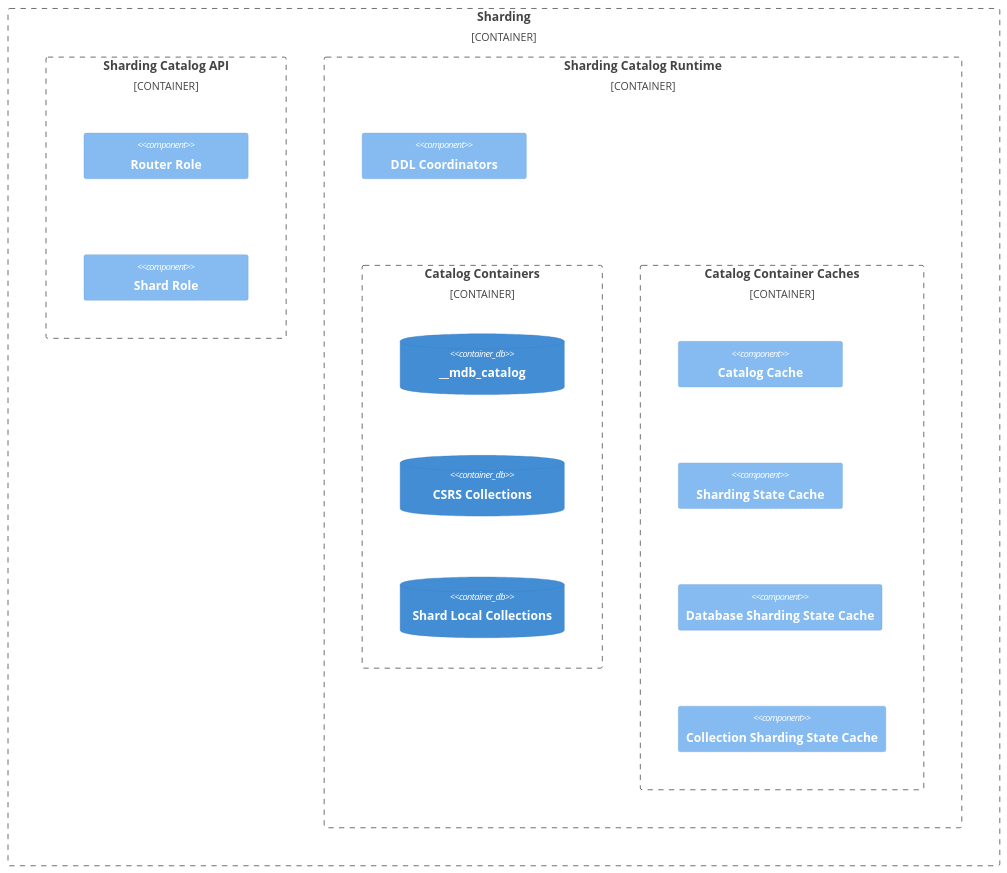
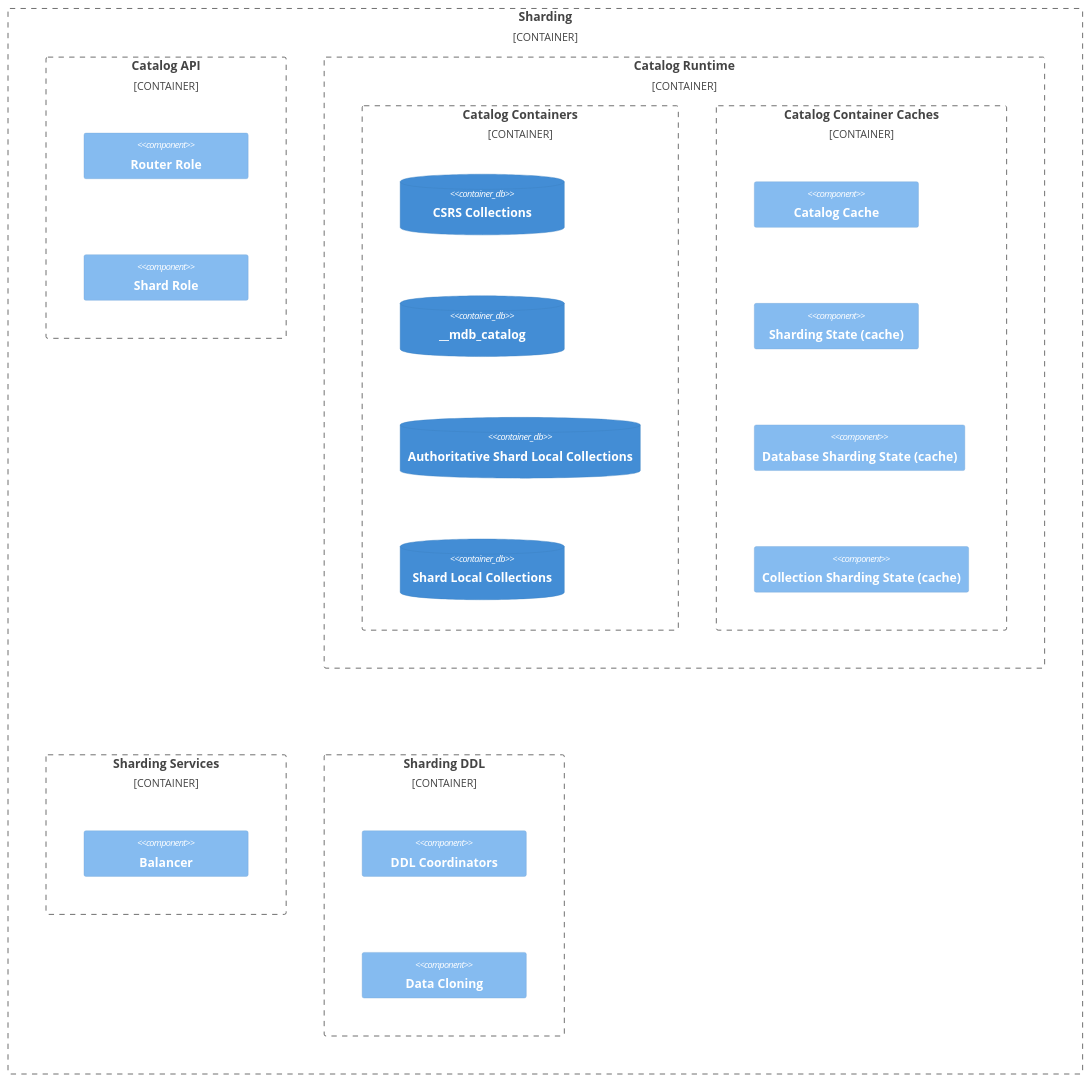
One commit to sgtest/megarepo changed the diagram in mongo/src/mongo/db/s/README_new.md. Above: the diagram before and after it, drawn with Mermaid. The commit also changed other lines of this file and 6 other files, not shown here.

````diff
--- a/mongo/src/mongo/db/s/README_new.md
+++ b/mongo/src/mongo/db/s/README_new.md
@@ -19,28 +27,35 @@
 ```mermaid
 C4Component
 
 Container_Boundary(Sharding, "Sharding", $link="README_new.md") {
-  Container_Boundary(ShardingCatalogAPI, "Sharding Catalog API", $link="README_sharding_catalog.md") {
+  Container_Boundary(CatalogAPI, "Catalog API", $link="README_sharding_catalog.md") {
     Component(RouterRole, "Router Role", $link="README_sharding_catalog.md#router-role")
     Component(ShardRole, "Shard Role", $link="README_sharding_catalog.md#shard-role")
   }
 
-  Container_Boundary(ShardingCatalogRuntime, "Sharding Catalog Runtime") {
+  Container_Boundary(CatalogRuntime, "Catalog Runtime") {
     Container_Boundary(CatalogContainers, "Catalog Containers") {
+      ContainerDb(CSRSCollections, "CSRS Collections")
       ContainerDb(MDBCatalog, "__mdb_catalog")
-      ContainerDb(CSRSCollections, "CSRS Collections")
-      ContainerDb(ShardLocalCollections, "Shard Local Collections")
+      ContainerDb(AuthoritativeShardLocalCollections, "Authoritative Shard Local Collections")
       ContainerDb(ShardLocalCollections, "Shard Local Collections")
     }
 
     Container_Boundary(CatalogContainerCaches, "Catalog Container Caches") {
       Component(CatalogCache, "Catalog Cache")
-      Component(SSCache, "Sharding State Cache")
-      Component(DSSCache, "Database Sharding State Cache")
-      Component(CSSCache, "Collection Sharding State Cache")
+      Component(SSCache, "Sharding State (cache)")
+      Component(DSSCache, "Database Sharding State (cache)")
+      Component(CSSCache, "Collection Sharding State (cache)")
     }
+  }
 
+  Container_Boundary(ShardingServices, "Sharding Services") {
+    Component(Balancer, "Balancer")
+  }
+
+  Container_Boundary(ShardingDDL, "Sharding DDL") {
     Component(DDLCoordinators, "DDL Coordinators")
+    Component(DataCloning, "Data Cloning")
   }
 }
 ```
````
